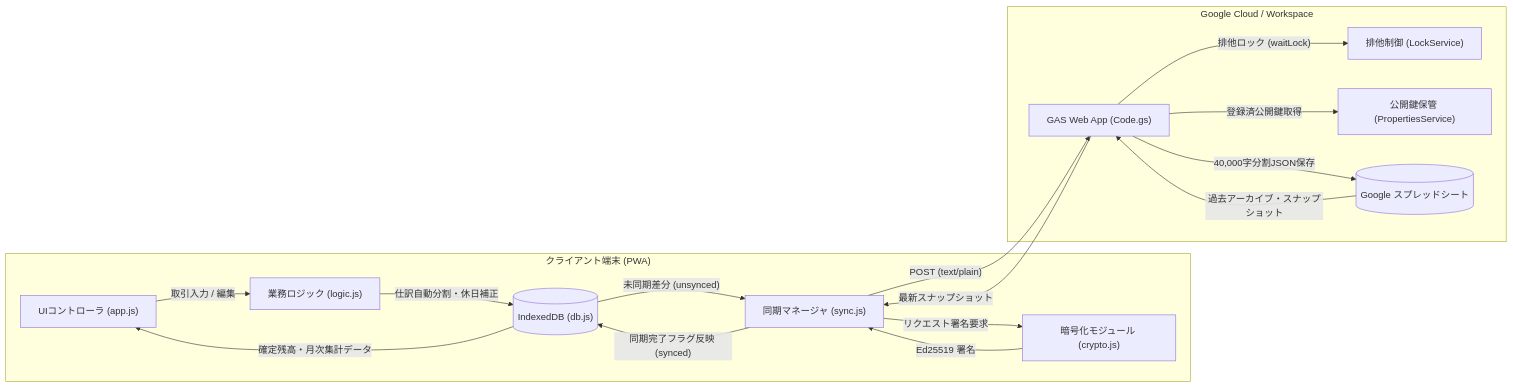
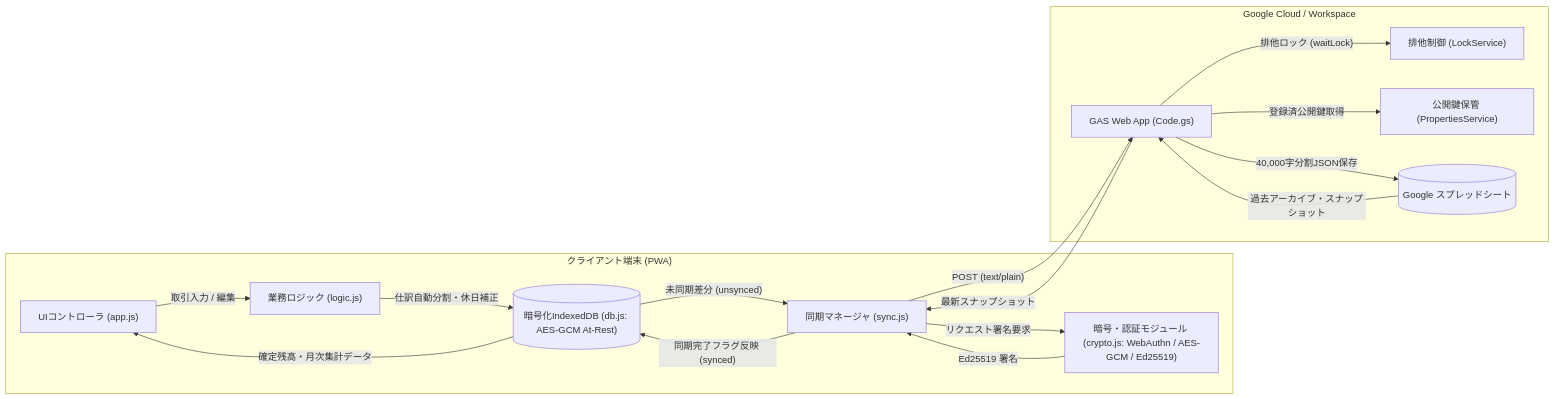
Before and after one commit to tekuteku-life/yose: the second of 11 diagrams in docs/system_design.md, drawn with Mermaid. The commit also changed other lines of this file and 16 other files, not shown here.

First line of the commit message:
feat: implement WebAuthn authentication, at-rest AES-GCM encryption, asset consolidation, and UI improvements

````diff
--- a/docs/system_design.md
+++ b/docs/system_design.md
@@ -523,31 +538,31 @@
 ```mermaid
 flowchart LR
     subgraph Client["クライアント端末 (PWA)"]
         UI["UIコントローラ (app.js)"]
         Logic["業務ロジック (logic.js)"]
-        IDB[("IndexedDB (db.js)")]
-        Crypto["暗号化モジュール (crypto.js)"]
+        IDB[("暗号化IndexedDB (db.js: AES-GCM At-Rest)")]
+        Crypto["暗号・認証モジュール (crypto.js: WebAuthn / AES-GCM / Ed25519)"]
         SyncMgr["同期マネージャ (sync.js)"]
     end
 
     subgraph Cloud["Google Cloud / Workspace"]
         GASBackend["GAS Web App (Code.gs)"]
         Lock["排他制御 (LockService)"]
         Prop["公開鍵保管 (PropertiesService)"]
         SheetDB[("Google スプレッドシート")]
     end
 
     UI -- "取引入力 / 編集" --> Logic
     Logic -- "仕訳自動分割・休日補正" --> IDB
     IDB -- "未同期差分 (unsynced)" --> SyncMgr
     SyncMgr -- "リクエスト署名要求" --> Crypto
     Crypto -- "Ed25519 署名" --> SyncMgr
     SyncMgr -- "POST (text/plain)" --> GASBackend
     GASBackend -- "登録済公開鍵取得" --> Prop
     GASBackend -- "排他ロック (waitLock)" --> Lock
     GASBackend -- "40,000字分割JSON保存" --> SheetDB
     SheetDB -- "過去アーカイブ・スナップショット" --> GASBackend
     GASBackend -- "最新スナップショット" --> SyncMgr
     SyncMgr -- "同期完了フラグ反映 (synced)" --> IDB
     IDB -- "確定残高・月次集計データ" --> UI
 ```
````
